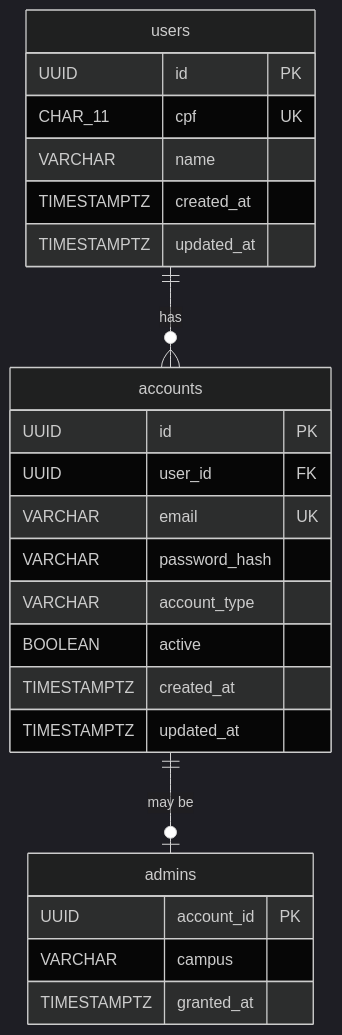
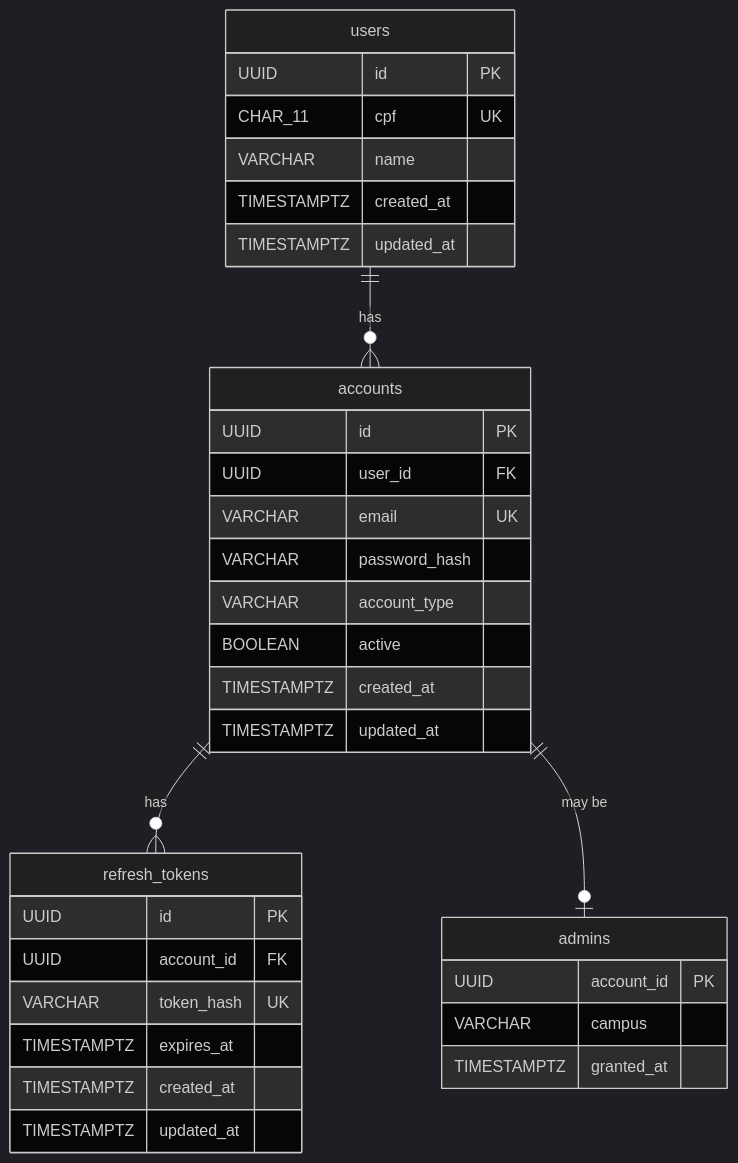
Before and after one commit to Plataforma-Universidade-Gratuita/pug-service: the seventh of 7 diagrams in src/main/java/br/org/catolicasc/pug/identity/README.md, drawn with Mermaid (dark theme). The commit also changed other lines of this file and 34 other files, not shown here.

````diff
--- a/src/main/java/br/org/catolicasc/pug/identity/README.md
+++ b/src/main/java/br/org/catolicasc/pug/identity/README.md
@@ -179,30 +189,40 @@
 ```mermaid
 erDiagram
     users {
         UUID id PK
         CHAR_11 cpf UK
         VARCHAR name
         TIMESTAMPTZ created_at
         TIMESTAMPTZ updated_at
     }
 
     accounts {
         UUID id PK
         UUID user_id FK
         VARCHAR email UK
         VARCHAR password_hash
         VARCHAR account_type
         BOOLEAN active
         TIMESTAMPTZ created_at
         TIMESTAMPTZ updated_at
     }
 
+    refresh_tokens {
+        UUID id PK
+        UUID account_id FK
+        VARCHAR token_hash UK
+        TIMESTAMPTZ expires_at
+        TIMESTAMPTZ created_at
+        TIMESTAMPTZ updated_at
+    }
+
     admins {
         UUID account_id PK
         VARCHAR campus
         TIMESTAMPTZ granted_at
     }
 
     users ||--o{ accounts : "has"
+    accounts ||--o{ refresh_tokens : "has"
     accounts ||--o| admins : "may be"
 ```
````
